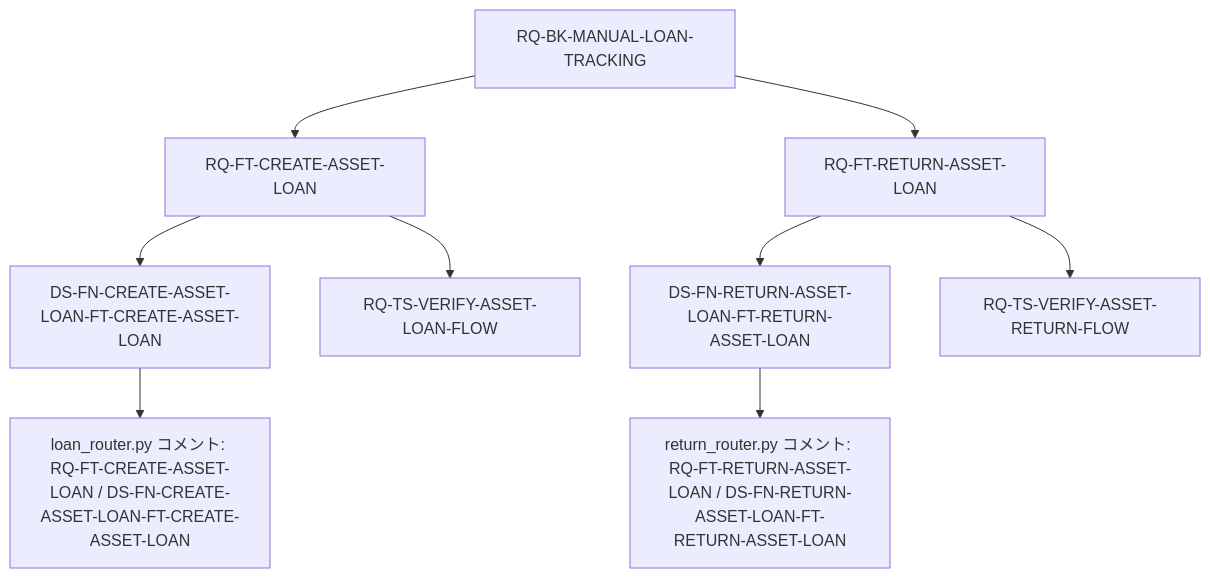
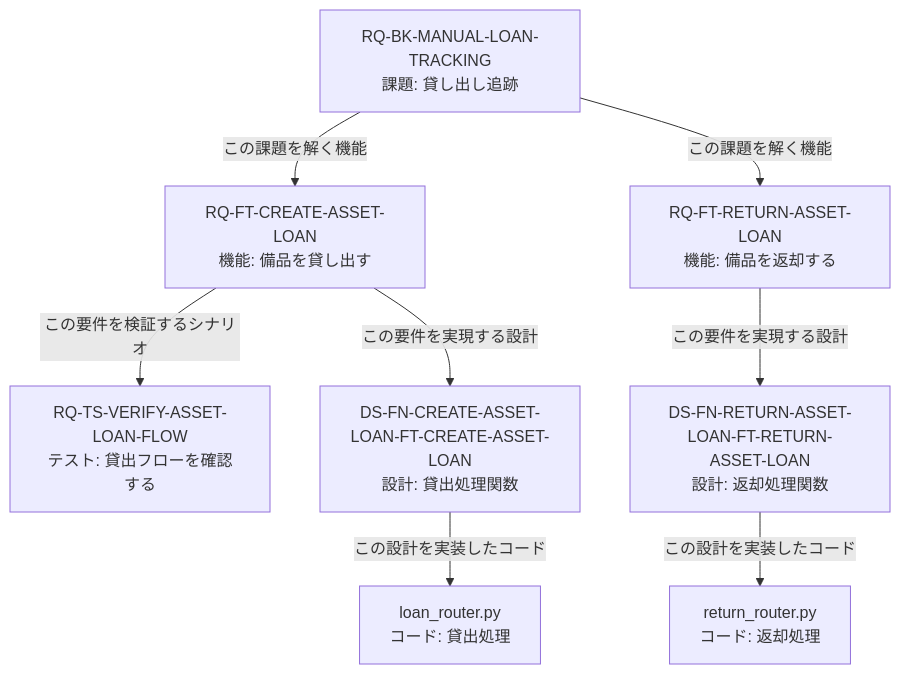
Before and after one commit to notfolder/qiita_article: the third of 4 diagrams in article_isdd_dialog_spec_dev.md, drawn with Mermaid. The commit also changed other lines of this file and 3 other files, not shown here.

````diff
--- a/article_isdd_dialog_spec_dev.md
+++ b/article_isdd_dialog_spec_dev.md
@@ -122,11 +97,19 @@
 ```mermaid
 graph TD
-    BK[RQ-BK-MANUAL-LOAN-TRACKING] --> FT1[RQ-FT-CREATE-ASSET-LOAN]
-    BK --> FT2[RQ-FT-RETURN-ASSET-LOAN]
-    FT1 --> DS1[DS-FN-CREATE-ASSET-LOAN-FT-CREATE-ASSET-LOAN]
-    FT2 --> DS2[DS-FN-RETURN-ASSET-LOAN-FT-RETURN-ASSET-LOAN]
-    DS1 --> C1[loan_router.py コメント: RQ-FT-CREATE-ASSET-LOAN / DS-FN-CREATE-ASSET-LOAN-FT-CREATE-ASSET-LOAN]
-    DS2 --> C2[return_router.py コメント: RQ-FT-RETURN-ASSET-LOAN / DS-FN-RETURN-ASSET-LOAN-FT-RETURN-ASSET-LOAN]
-    FT1 --> TS1[RQ-TS-VERIFY-ASSET-LOAN-FLOW]
-    FT2 --> TS2[RQ-TS-VERIFY-ASSET-RETURN-FLOW]
+    BK[RQ-BK-MANUAL-LOAN-TRACKING<br/>課題: 貸し出し追跡]
+    FT1[RQ-FT-CREATE-ASSET-LOAN<br/>機能: 備品を貸し出す]
+    FT2[RQ-FT-RETURN-ASSET-LOAN<br/>機能: 備品を返却する]
+    TS1[RQ-TS-VERIFY-ASSET-LOAN-FLOW<br/>テスト: 貸出フローを確認する]
+    DS1[DS-FN-CREATE-ASSET-LOAN-FT-CREATE-ASSET-LOAN<br/>設計: 貸出処理関数]
+    DS2[DS-FN-RETURN-ASSET-LOAN-FT-RETURN-ASSET-LOAN<br/>設計: 返却処理関数]
+    C1[loan_router.py<br/>コード: 貸出処理]
+    C2[return_router.py<br/>コード: 返却処理]
+
+    BK -- この課題を解く機能 --> FT1
+    BK -- この課題を解く機能 --> FT2
+    FT1 -- この要件を実現する設計 --> DS1
+    FT2 -- この要件を実現する設計 --> DS2
+    FT1 -- この要件を検証するシナリオ --> TS1
+    DS1 -- この設計を実装したコード --> C1
+    DS2 -- この設計を実装したコード --> C2
 ```
````
